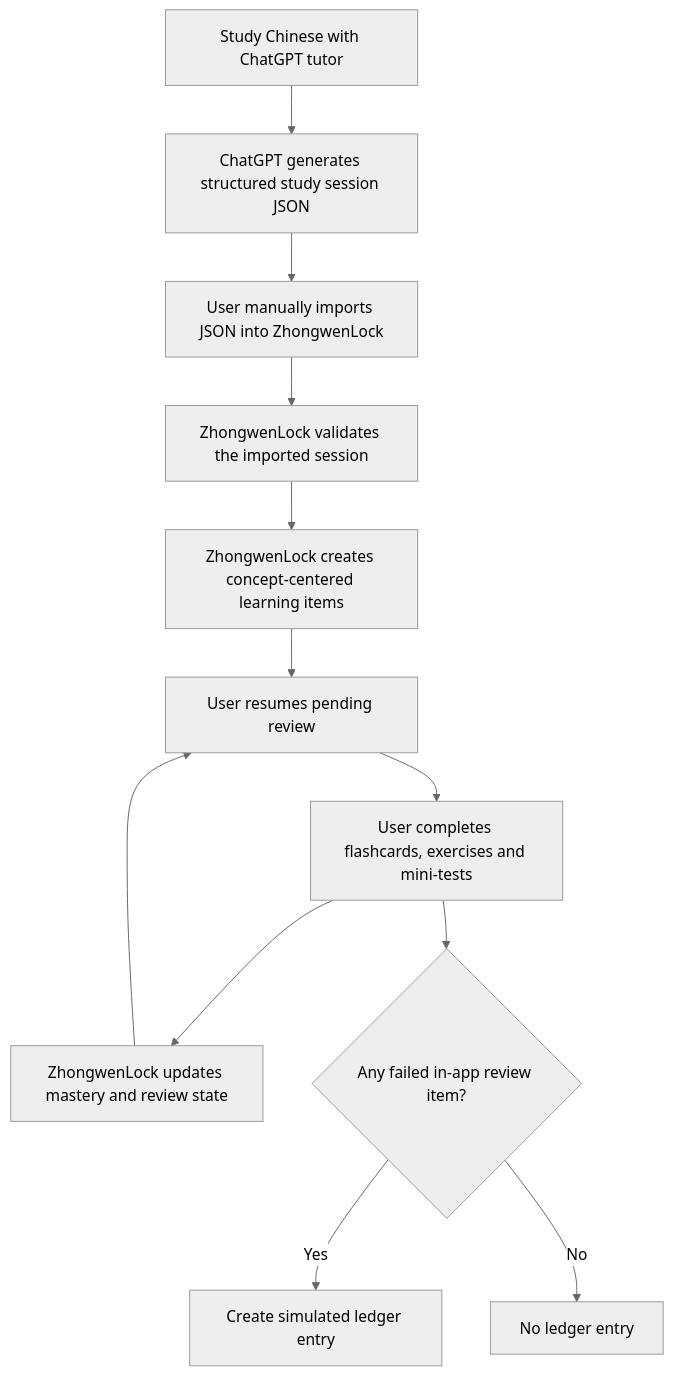
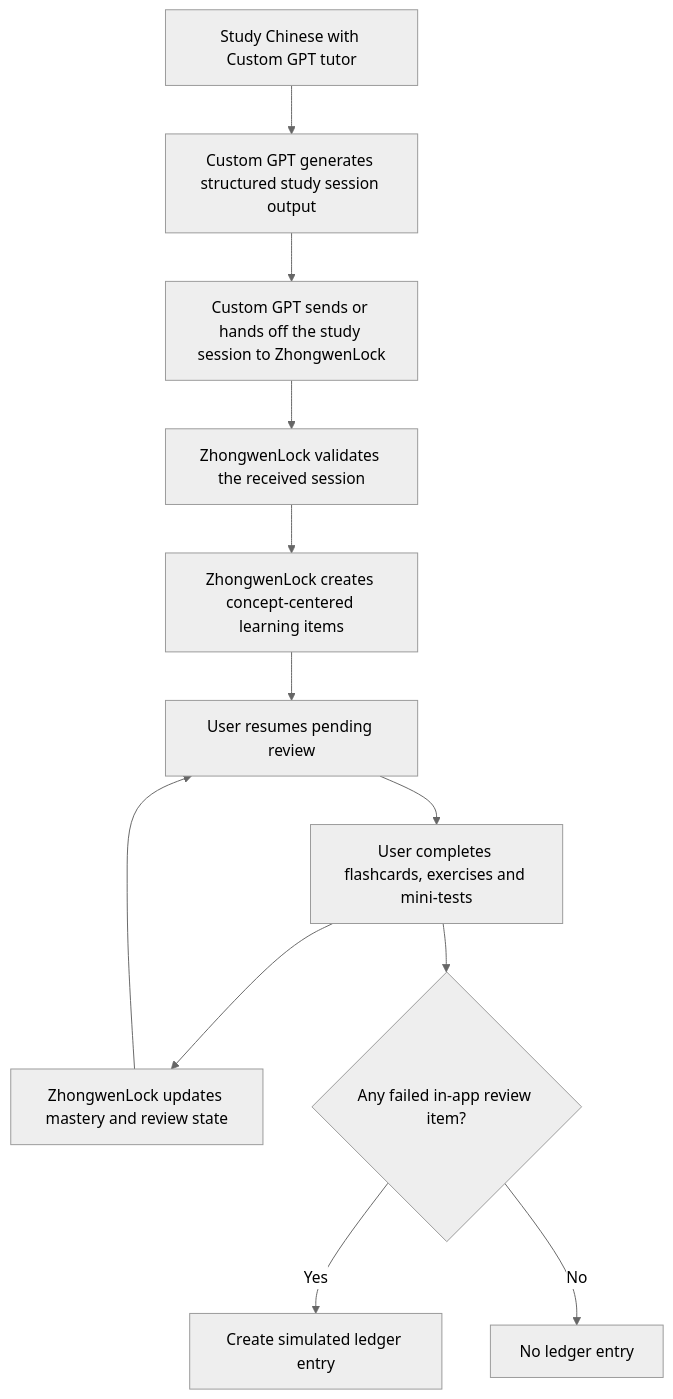
Before and after one commit to JuanRoBe3/zhongwenlock: the second of 8 diagrams in docs/DIAGRAMS.md, drawn with Mermaid (neutral theme). The commit also changed other lines of this file, not shown here.

Commit message:
docs(architecture): separate validation path from target mvp

````diff
--- a/docs/DIAGRAMS.md
+++ b/docs/DIAGRAMS.md
@@ -35,14 +84,14 @@
 ```mermaid
 flowchart TD
-    A[Study Chinese with ChatGPT tutor] --> B[ChatGPT generates structured study session JSON]
-    B --> C[User manually imports JSON into ZhongwenLock]
-    C --> D[ZhongwenLock validates the imported session]
+    A[Study Chinese with Custom GPT tutor] --> B[Custom GPT generates structured study session output]
+    B --> C[Custom GPT sends or hands off the study session to ZhongwenLock]
+    C --> D[ZhongwenLock validates the received session]
     D --> E[ZhongwenLock creates concept-centered learning items]
     E --> F[User resumes pending review]
     F --> G[User completes flashcards, exercises and mini-tests]
     G --> H[ZhongwenLock updates mastery and review state]
     G --> I{Any failed in-app review item?}
     I -->|Yes| J[Create simulated ledger entry]
     I -->|No| K[No ledger entry]
     H --> F
 ```
````
